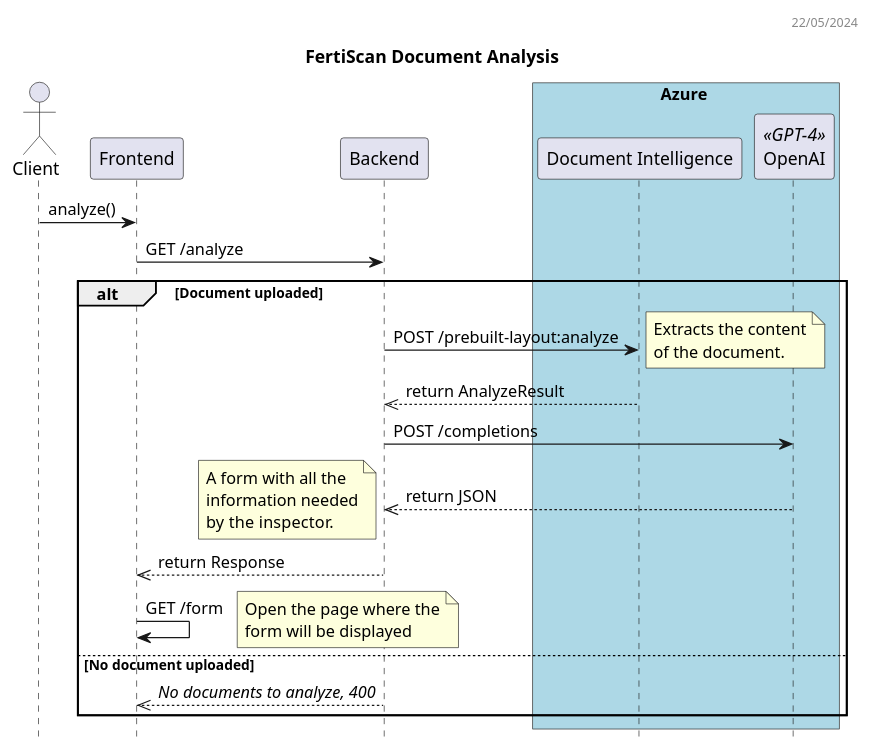
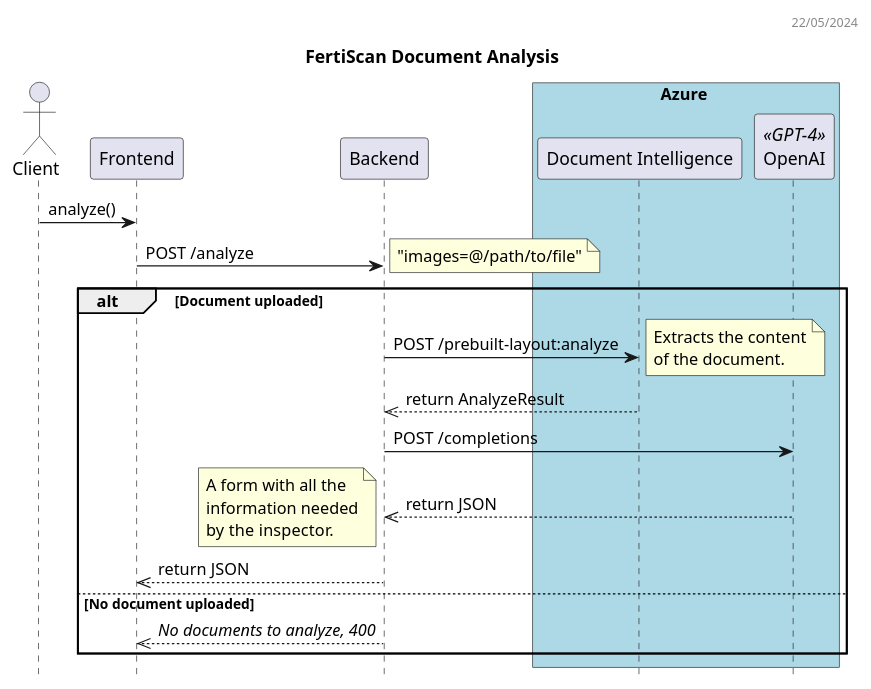
One commit to ai-cfia/fertiscan-backend changed the diagram in docs/analyze_dss.puml. Above: the diagram before and after it, drawn with PlantUML. The commit also changed 10 other files, not shown here.

```diff
--- a/docs/analyze_dss.puml
+++ b/docs/analyze_dss.puml
@@ -1,43 +1,41 @@
 @startuml Analyze DSS
 header 22/05/2024
 
 title FertiScan Document Analysis
 hide empty members
 hide footbox
 
 actor "Client" as C
 participant Frontend as F
 participant Backend as B
 box Azure #LightBlue
 participant "Document Intelligence" as D
 participant "OpenAI" as O<<GPT-4>>
 end box
 
 C -> F: analyze()
-F -> B: GET /analyze
+F -> B: POST /analyze
+note right
+    "images=@/path/to/file"
+end note
 alt Document uploaded
 B -> D: POST /prebuilt-layout:analyze
 note right
 Extracts the content
 of the document.
 end note
 B <<-- D: return AnalyzeResult
 B -> O: POST /completions
 B <<-- O: return JSON
 note left
 A form with all the
 information needed
 by the inspector.
 end note
-F <<-- B: return Response
-F -> F: GET /form
-note right
-Open the page where the
-form will be displayed
-end note
+F <<-- B: return JSON
 else No document uploaded
 F <<-- B: //No documents to analyze, 400// 
 end
 
 
 @enduml
```
